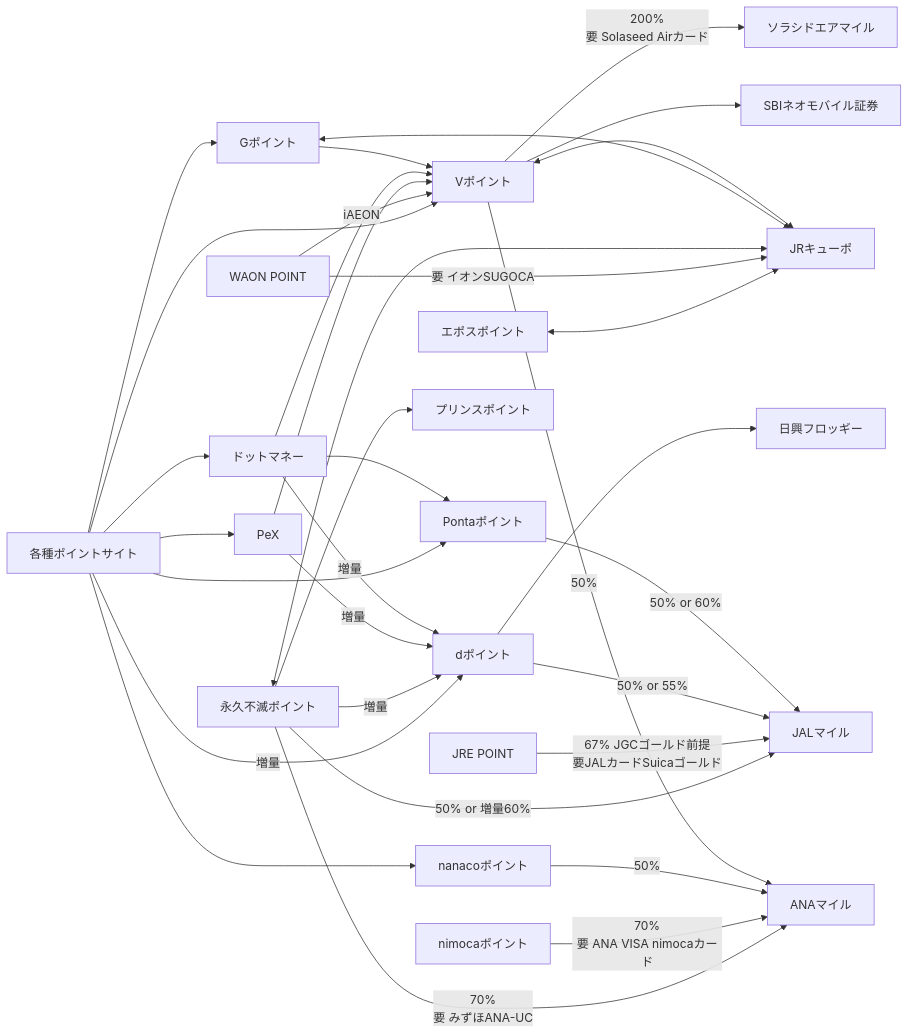
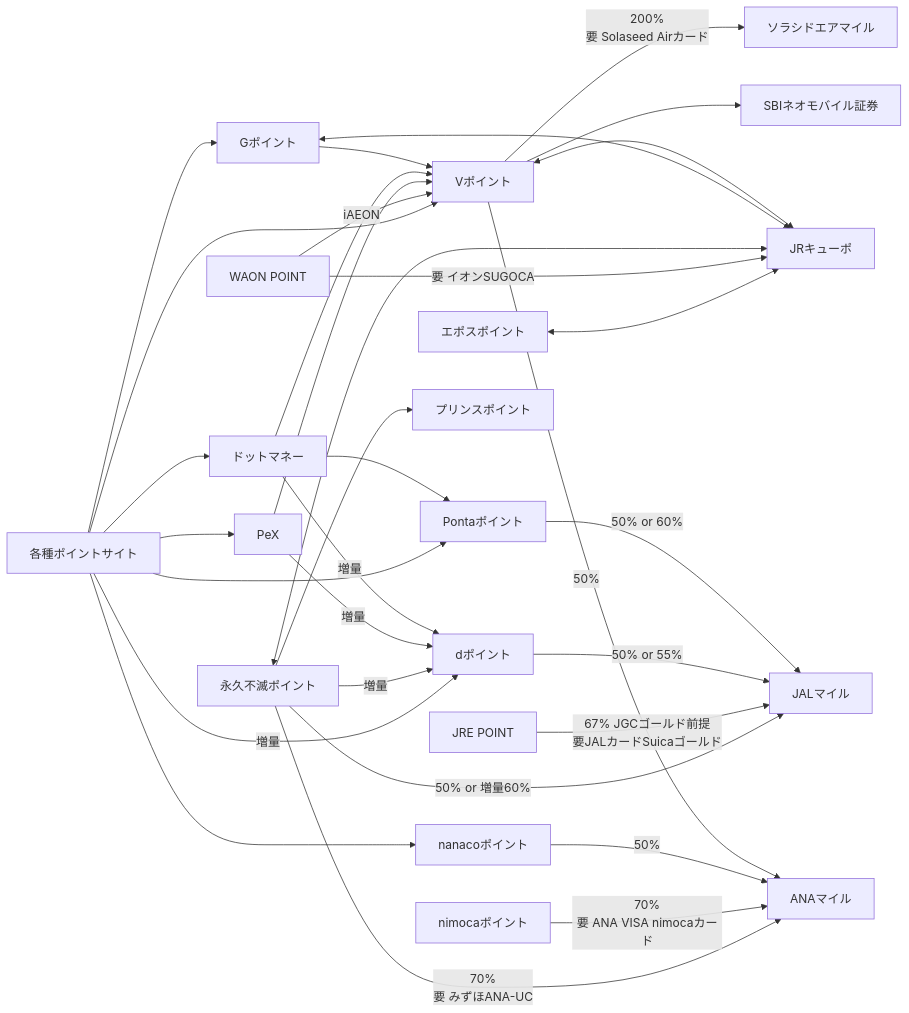
Before and after one commit to hiroxto/point-flow: the diagram in README.md, drawn with Mermaid.

Commit message:
日興フロッギーを削除

````diff
--- a/README.md
+++ b/README.md
@@ -5,39 +5,38 @@
 ```mermaid
 flowchart LR
 
 各種ポイントサイト-->PeX
 各種ポイントサイト-->ドットマネー
 各種ポイントサイト-->Gポイント
 各種ポイントサイト-->|増量|dポイント
 各種ポイントサイト-->Pontaポイント
 各種ポイントサイト-->Vポイント
 各種ポイントサイト-->nanacoポイント
 
 Vポイント-->|200%\n要 Solaseed Airカード|ソラシドエアマイル
 エポスポイント<-->JRキューポ
 WAONP[WAON POINT]-->|要 イオンSUGOCA|JRキューポ
 WAONP-->|iAEON|Vポイント
 永久不滅ポイント<-->JRキューポ
 永久不滅ポイント-->|50% or 増量60%|JALマイル
 永久不滅ポイント-->|70%\n要 みずほANA-UC|ANAマイル
 永久不滅ポイント-->|増量|dポイント
 永久不滅ポイント-->プリンスポイント
 JREP[JRE POINT]-->|67% JGCゴールド前提\n要JALカードSuicaゴールド|JALマイル
 
 PeX-->Vポイント
 PeX-->|増量|dポイント
 ドットマネー-->Vポイント
 ドットマネー-->|増量|dポイント
 ドットマネー-->Pontaポイント
 Gポイント-->Vポイント
 Gポイント<-->JRキューポ
 nimocaポイント-->|70%\n要 ANA VISA nimocaカード|ANAマイル
 
 nanacoポイント-->|50%|ANAマイル
 Vポイント-->|50%|ANAマイル
 Vポイント<-->JRキューポ
 dポイント-->|50% or 55%|JALマイル
 Pontaポイント-->|50% or 60%|JALマイル
-dポイント-->日興フロッギー
 Vポイント-->SBIネオモバイル証券
 ```
````
